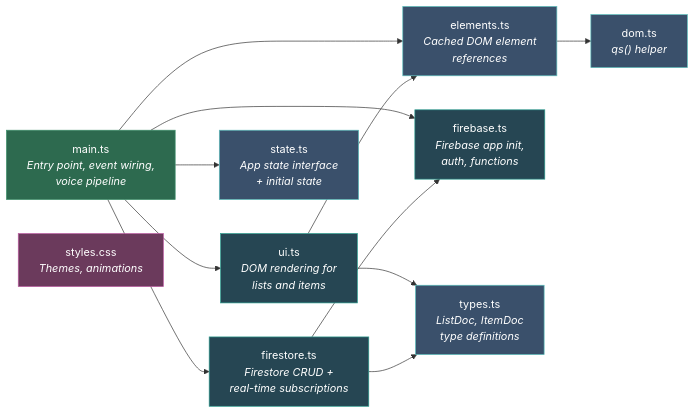
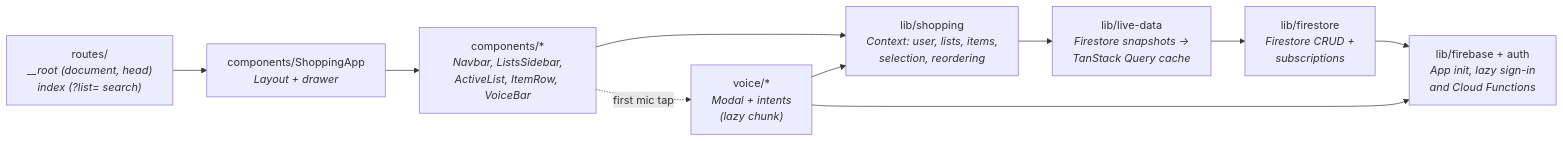
One commit to nsudhanva/shopping changed the second of 7 diagrams in README.md. Above: the diagram before and after it, drawn with Mermaid. The commit also changed other lines of this file and 44 other files, not shown here.

````diff
--- a/README.md
+++ b/README.md
@@ -59,33 +59,18 @@
 ```mermaid
 graph LR
-    main["main.ts<br/><i>Entry point, event wiring,<br/>voice pipeline</i>"]
-    ui["ui.ts<br/><i>DOM rendering for<br/>lists and items</i>"]
-    elements["elements.ts<br/><i>Cached DOM element<br/>references</i>"]
-    firestore["firestore.ts<br/><i>Firestore CRUD +<br/>real-time subscriptions</i>"]
-    firebase["firebase.ts<br/><i>Firebase app init,<br/>auth, functions</i>"]
-    state["state.ts<br/><i>App state interface<br/>+ initial state</i>"]
-    types["types.ts<br/><i>ListDoc, ItemDoc<br/>type definitions</i>"]
-    dom["dom.ts<br/><i>qs() helper</i>"]
-    styles["styles.css<br/><i>Themes, animations</i>"]
+    routes["routes/<br/><i>__root (document, head)<br/>index (?list= search)</i>"]
+    app["components/ShoppingApp<br/><i>Layout + drawer</i>"]
+    ui["components/*<br/><i>Navbar, ListsSidebar,<br/>ActiveList, ItemRow, VoiceBar</i>"]
+    shopping["lib/shopping<br/><i>Context: user, lists, items,<br/>selection, reordering</i>"]
+    live["lib/live-data<br/><i>Firestore snapshots →<br/>TanStack Query cache</i>"]
+    firestore["lib/firestore<br/><i>Firestore CRUD +<br/>subscriptions</i>"]
+    firebase["lib/firebase + auth<br/><i>App init, lazy sign-in<br/>and Cloud Functions</i>"]
+    voice["voice/*<br/><i>Modal + intents<br/>(lazy chunk)</i>"]
 
-    main --> ui
-    main --> elements
-    main --> firestore
-    main --> firebase
-    main --> state
-    ui --> elements
-    ui --> types
-    elements --> dom
-    firestore --> firebase
-    firestore --> types
-
-    style main fill:#2d6a4f,stroke:#40916c,color:#fff
-    style ui fill:#264653,stroke:#2a9d8f,color:#fff
-    style firestore fill:#264653,stroke:#2a9d8f,color:#fff
-    style firebase fill:#264653,stroke:#2a9d8f,color:#fff
-    style elements fill:#3a506b,stroke:#5bc0be,color:#fff
-    style state fill:#3a506b,stroke:#5bc0be,color:#fff
-    style types fill:#3a506b,stroke:#5bc0be,color:#fff
-    style dom fill:#3a506b,stroke:#5bc0be,color:#fff
-    style styles fill:#6b3a5c,stroke:#be5ba3,color:#fff
+    routes --> app --> ui
+    ui --> shopping
+    ui -.->|first mic tap| voice
+    shopping --> live --> firestore --> firebase
+    voice --> shopping
+    voice --> firebase
 ```
````
